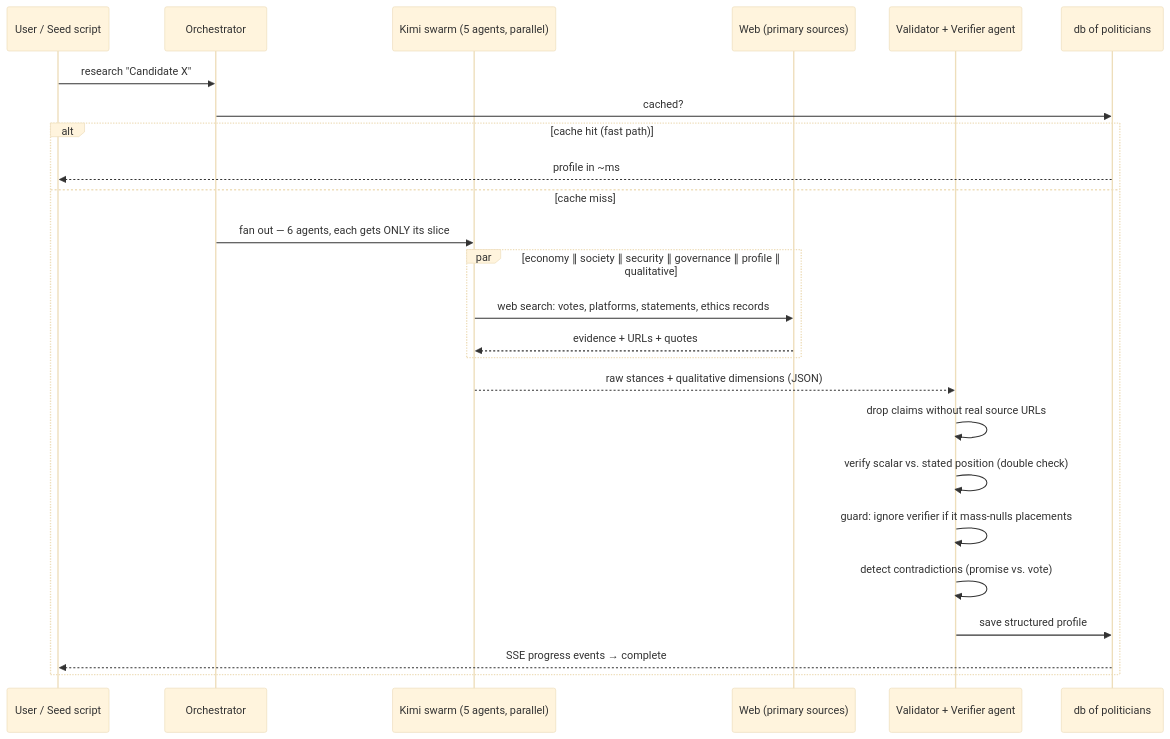
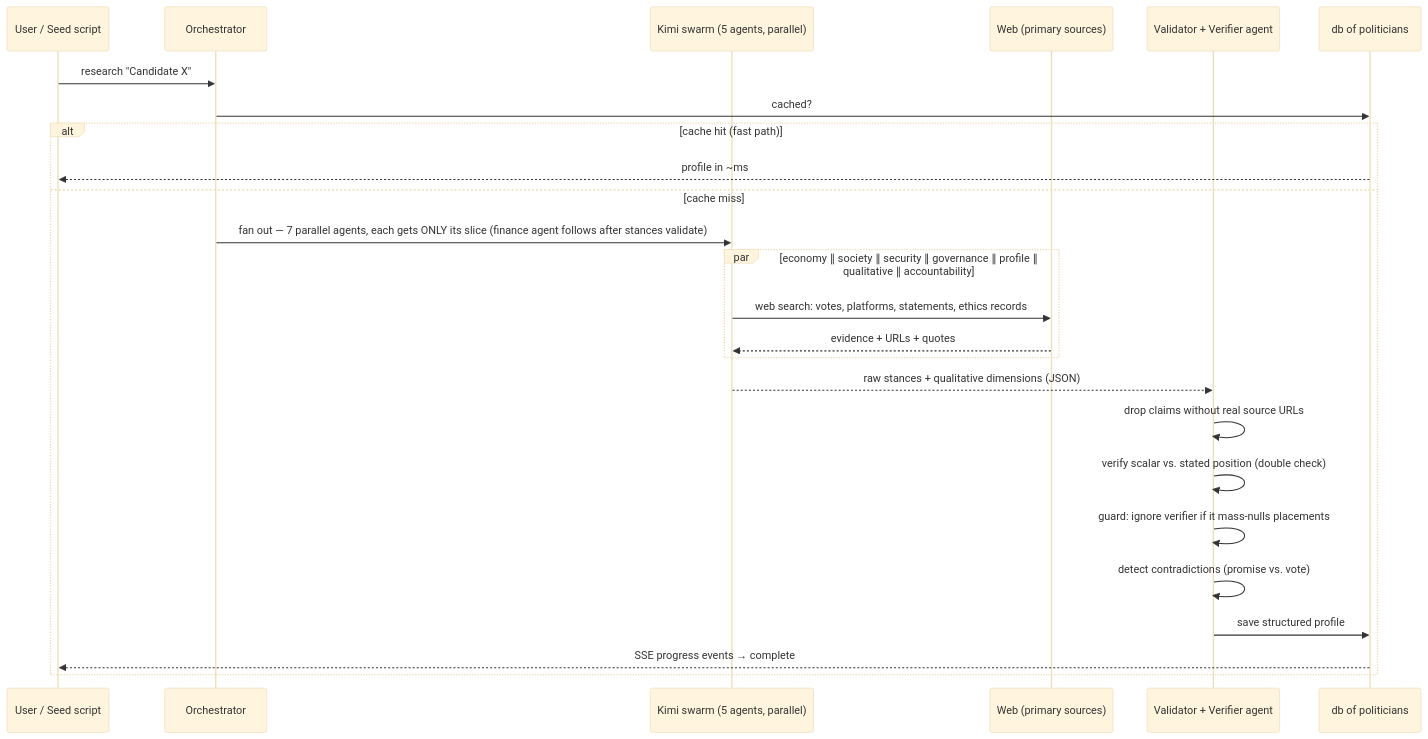
Before and after one commit to AayushBaniya2006/PatriotHacks: the second of 2 diagrams in civic-match/README.md, drawn with Mermaid (base theme). The commit also changed other lines of this file and 4 other files, not shown here.

````diff
--- a/civic-match/README.md
+++ b/civic-match/README.md
@@ -89,28 +93,28 @@
 ```mermaid
 sequenceDiagram
     participant U as User / Seed script
     participant O as Orchestrator
     participant S as Kimi swarm (5 agents, parallel)
     participant W as Web (primary sources)
     participant V as Validator + Verifier agent
     participant D as db of politicians
 
     U->>O: research "Candidate X"
     O->>D: cached?
     alt cache hit (fast path)
         D-->>U: profile in ~ms
     else cache miss
-        O->>S: fan out — 6 agents, each gets ONLY its slice
-        par economy ∥ society ∥ security ∥ governance ∥ profile ∥ qualitative
+        O->>S: fan out — 7 parallel agents, each gets ONLY its slice (finance agent follows after stances validate)
+        par economy ∥ society ∥ security ∥ governance ∥ profile ∥ qualitative ∥ accountability
             S->>W: web search: votes, platforms, statements, ethics records
             W-->>S: evidence + URLs + quotes
         end
         S-->>V: raw stances + qualitative dimensions (JSON)
         V->>V: drop claims without real source URLs
         V->>V: verify scalar vs. stated position (double check)
         V->>V: guard: ignore verifier if it mass-nulls placements
         V->>V: detect contradictions (promise vs. vote)
         V->>D: save structured profile
         D-->>U: SSE progress events → complete
     end
 ```
````
